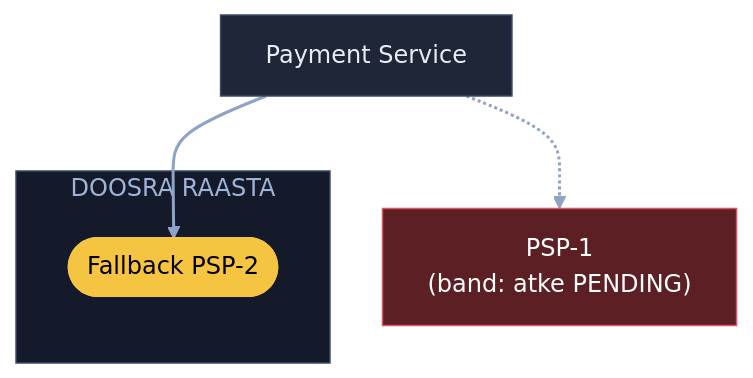
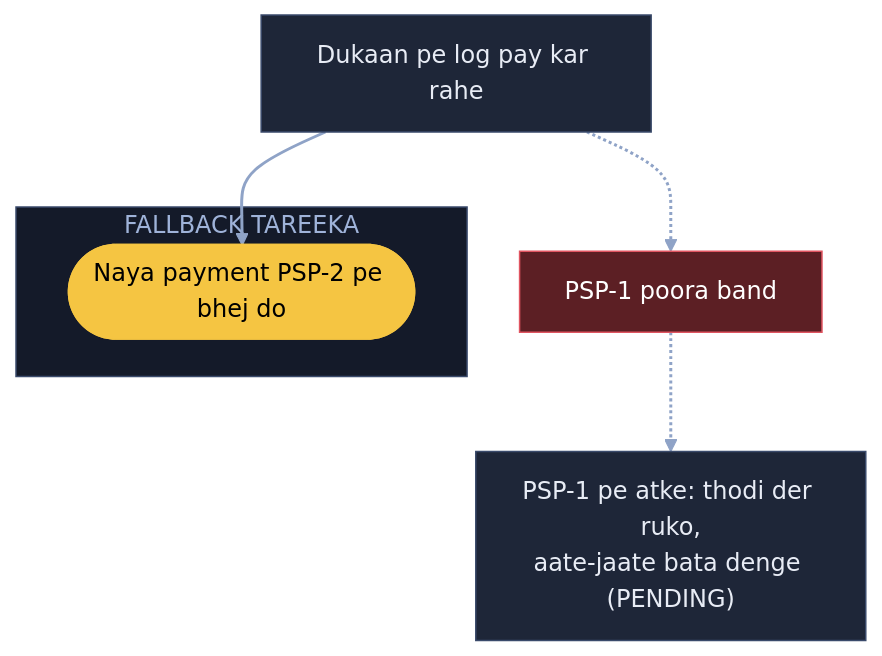
The fourth of 11 diagrams in 04_HLD/SYSTEM_DESIGNS/06_payment_system/06_payment_system.md (ArpanMaheshwari144/Prep), drawn with Mermaid before and after one commit. The commit also changed other lines of this file, not shown here.

Commit message:
Payment: 11 diagram hand notes ke shabdon se, K4 heading 'fallback tareeka'

````diff
--- a/04_HLD/SYSTEM_DESIGNS/06_payment_system/06_payment_system.md
+++ b/04_HLD/SYSTEM_DESIGNS/06_payment_system/06_payment_system.md
@@ -120,16 +119,18 @@
 ```mermaid
 flowchart TB
-    S["Payment Service"]:::card
-    P1["PSP-1<br/>(band: atke PENDING)"]:::bad
-    subgraph DR["DOOSRA RAASTA"]
-        P2(["Fallback PSP-2"]):::pill
+    S["Dukaan pe log pay kar rahe"]:::card
+    P1["PSP-1 poora band"]:::bad
+    subgraph FB["FALLBACK TAREEKA"]
+        P2(["Naya payment PSP-2 pe bhej do"]):::pill
     end
+    W["PSP-1 pe atke: thodi der ruko,<br/>aate-jaate bata denge (PENDING)"]:::card
     S -.-> P1
     S --> P2
+    P1 -.-> W
     linkStyle default stroke:#8fa3c7,stroke-width:2px
     classDef card fill:#1e2638,stroke:#3a4a6b,color:#e8ecf5
     classDef pill fill:#f5c542,stroke:#f5c542,color:#000
     classDef good fill:#2e7d4f,stroke:#3fbf6f,color:#fff
     classDef bad fill:#5c1f24,stroke:#e05561,color:#fff
-    style DR fill:#141a29,stroke:#3a4a6b,color:#9fb3d9
+    style FB fill:#141a29,stroke:#3a4a6b,color:#9fb3d9
 ```
````
